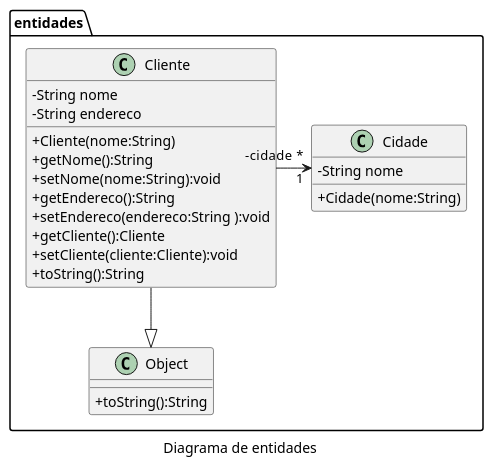
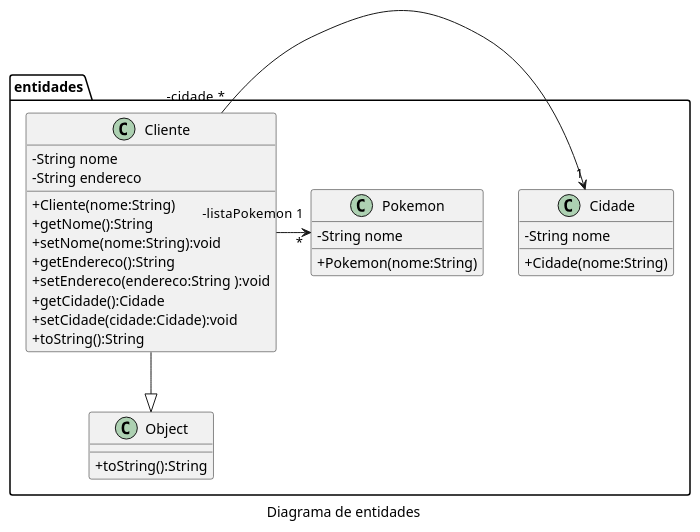
The diagram in diagramas/classes.puml (waltercoan/fso-turmab-revoo), drawn with PlantUML before and after one commit. The commit also changed 5 other files, not shown here.

```diff
--- a/diagramas/classes.puml
+++ b/diagramas/classes.puml
@@ -1,28 +1,35 @@
 @startuml
 skinparam classAttributeIconSize 0
 ' left to right direction
 caption Diagrama de entidades
 namespace entidades {
     class Cliente {
         - String nome
         - String endereco
         + Cliente(nome:String)
         + getNome():String
         + setNome(nome:String):void
         + getEndereco():String
         + setEndereco(endereco:String ):void
-        + getCliente():Cliente
-        + setCliente(cliente:Cliente):void
+        + getCidade():Cidade
+        + setCidade(cidade:Cidade):void
         + toString():String
     }
     class Cidade {
         - String nome
         + Cidade(nome:String)
     }
     class Object {
         + toString():String
     }
+    class Pokemon {
+        - String nome
+        + Pokemon(nome:String)
+    }
+    
     Cliente "-cidade  *" -> "1" Cidade
     Cliente --|>  Object
+    Cliente "-listaPokemon  1" -> "*" Pokemon
+
 }
 @enduml
```
